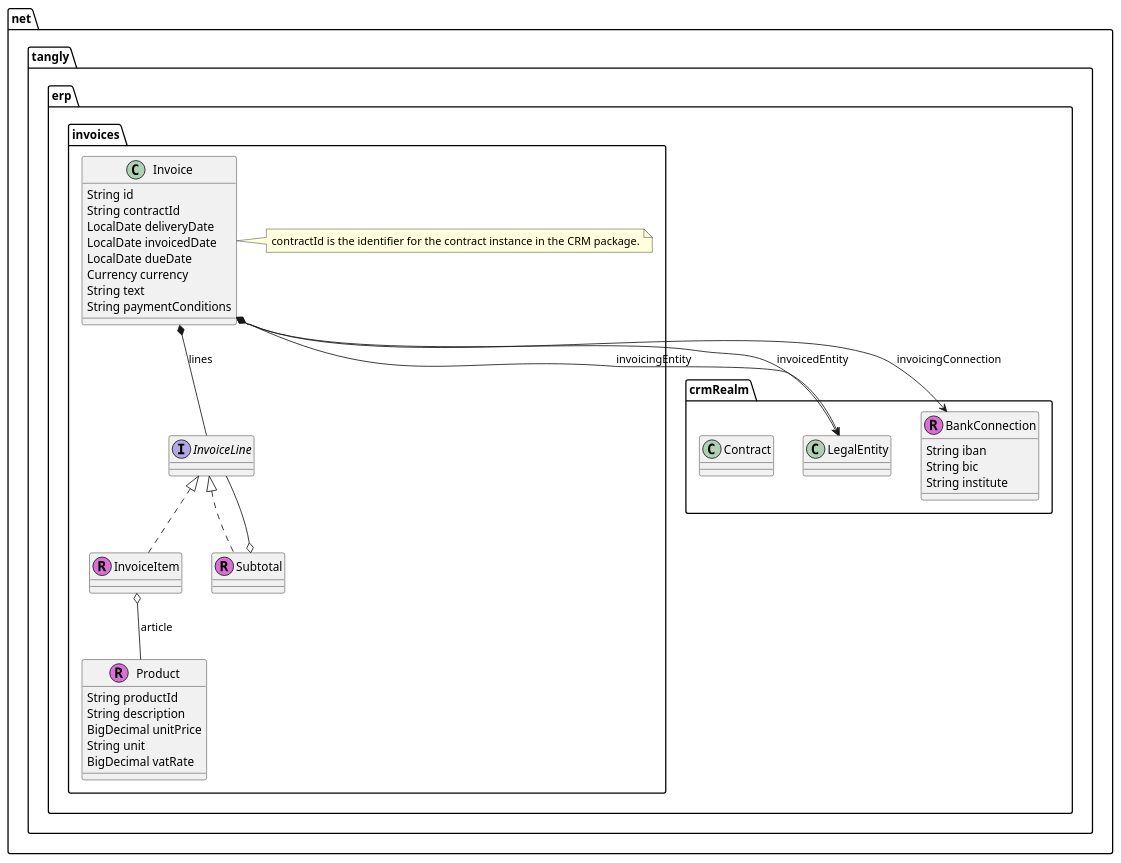
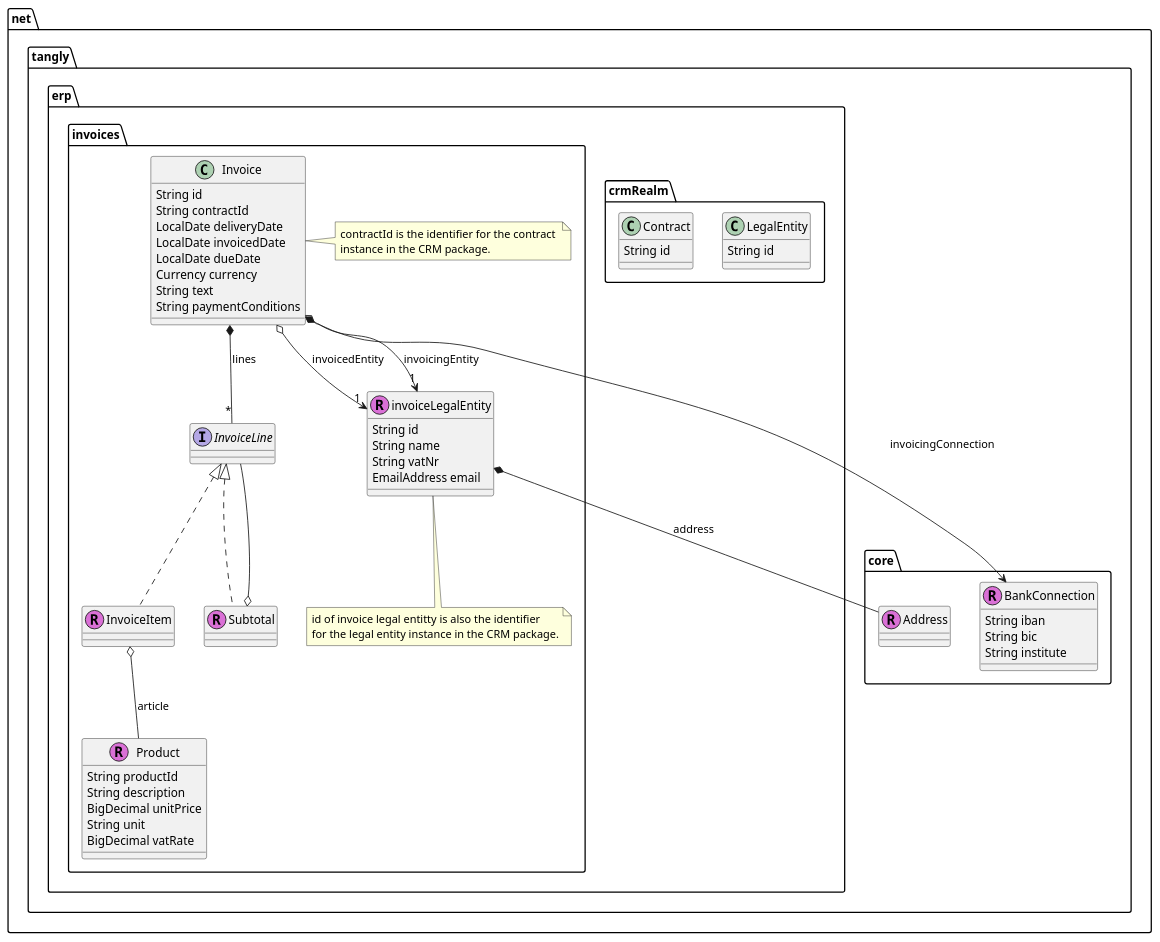
Before and after one commit to tangly-team/tangly-os: the diagram in net.tangly.erp.invoices/src/site/models.adoc, drawn with PlantUML. The commit also changed 23 other files, not shown here.

```diff
--- a/net.tangly.erp.invoices/src/site/models.adoc
+++ b/net.tangly.erp.invoices/src/site/models.adoc
@@ -38,60 +38,80 @@
 [plantuml,bus-invoice-uml,svg]
 ....
 @startuml
 
-package net.tangly.erp.crmRealm {
-    class LegalEntity {}
-
+package net.tangly.core {
     class BankConnection << (R,orchid) >> {
         String iban
         String bic
         String institute
     }
 
-    class Contract {}
+   class Address << (R,orchid) >> {}
 }
+
+package net.tangly.erp.crmRealm {
+    class LegalEntity {
+        String id
+}
+
+    class Contract {
+        String id
+    }
 
 package net.tangly.erp.invoices {
 class Product << (R,orchid) >> {
     String productId
     String description
     BigDecimal unitPrice
     String unit
     BigDecimal vatRate
 }
+
+class invoiceLegalEntity << (R,orchid) >> {
+    String id
+    String name
+    String vatNr
+    EmailAddress email
+}
+
+invoiceLegalEntity *-- Address : address
+
+
+note bottom: id of invoice legal entitty is also the identifier \nfor the legal entity instance in the CRM package.
+
 
 class Invoice {
     String id
     String contractId
     LocalDate deliveryDate
     LocalDate invoicedDate
     LocalDate dueDate
     Currency currency
     String text
     String paymentConditions
 }
 
-note right: contractId is the identifier for the contract instance in the CRM package.
+note right: contractId is the identifier for the contract \ninstance in the CRM package.
 
-Invoice *-- InvoiceLine : lines
-Invoice o--> LegalEntity : invoicingEntity
-Invoice o--> LegalEntity : invoicedEntity
+Invoice *-- "*" InvoiceLine : lines
+Invoice o--> "1" invoiceLegalEntity : invoicingEntity
+Invoice o--> "1" invoiceLegalEntity : invoicedEntity
 Invoice *--> BankConnection : invoicingConnection
 
 interface InvoiceLine {}
 
 class InvoiceItem << (R,orchid) >> {}
 
 InvoiceLine <|.. InvoiceItem
 
 InvoiceItem o-- Product : article
 
 class Subtotal << (R,orchid) >> {}
 
 InvoiceLine <|.. Subtotal
 Subtotal o-- InvoiceLine
 
 }
 
 @enduml
 ....
```
